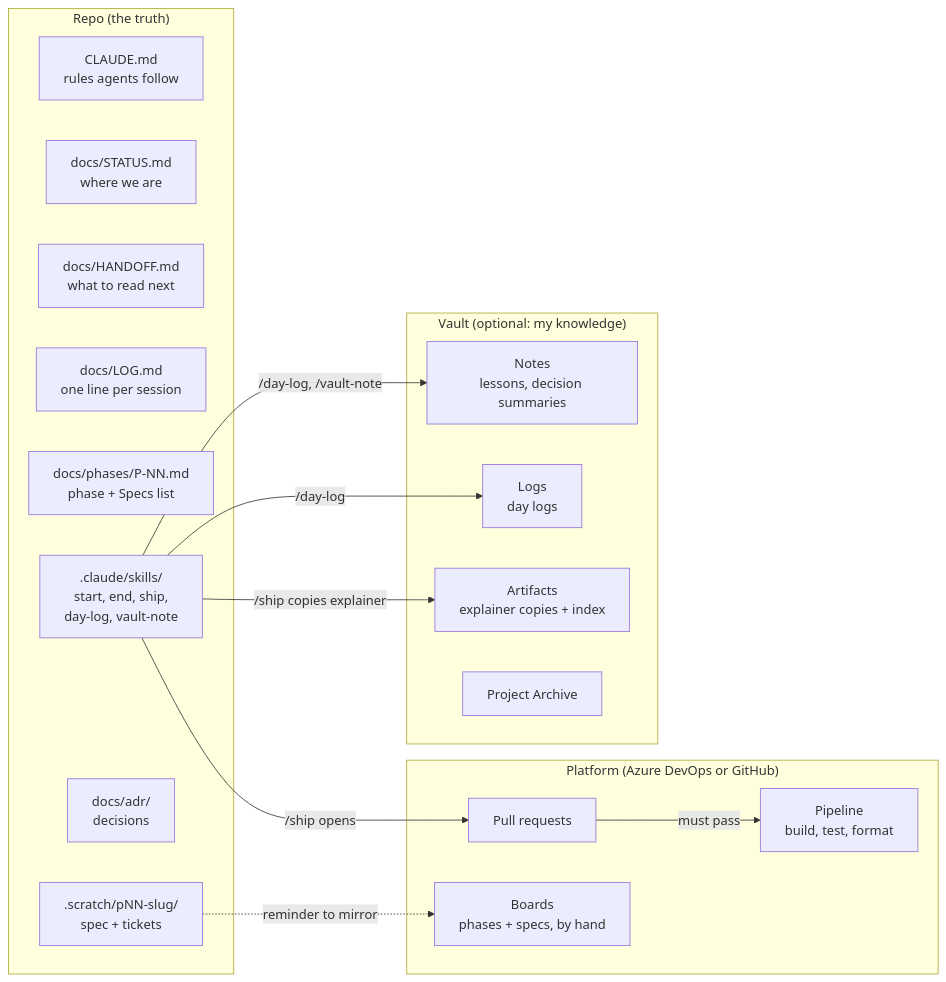
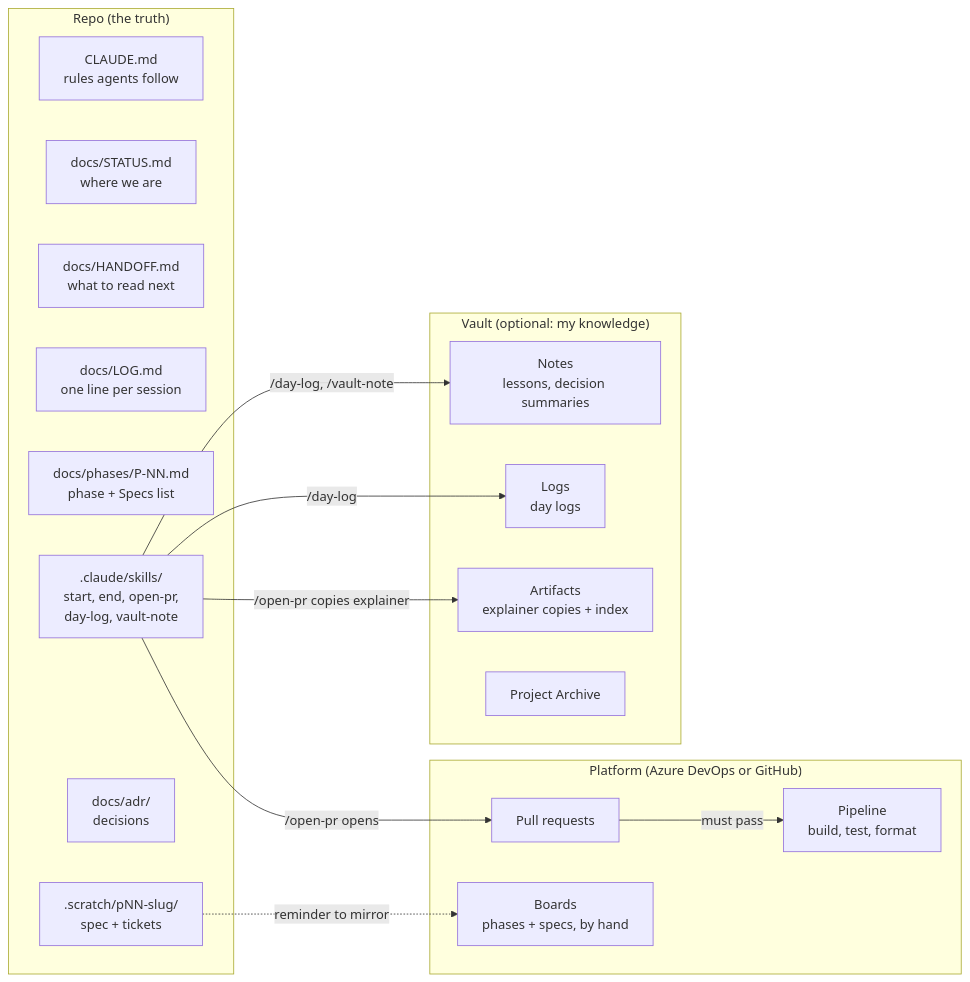
Before and after one commit to charlie-callister-01/Workflow: the first of 5 diagrams in notes/workflow-guide.md, drawn with Mermaid. The commit also changed other lines of this file and 26 other files, not shown here.

First line of the commit message:
fix(skills): rename ship to open-pr so Claude Code's built-in /ship stops running instead

````diff
--- a/notes/workflow-guide.md
+++ b/notes/workflow-guide.md
@@ -11,30 +11,30 @@
 ```mermaid
 flowchart LR
   subgraph REPO["Repo (the truth)"]
     CL["CLAUDE.md<br/>rules agents follow"]
     ST["docs/STATUS.md<br/>where we are"]
     HO["docs/HANDOFF.md<br/>what to read next"]
     LG["docs/LOG.md<br/>one line per session"]
     PH["docs/phases/P-NN.md<br/>phase + Specs list"]
     SC[".scratch/pNN-slug/<br/>spec + tickets"]
     AD["docs/adr/<br/>decisions"]
-    SK[".claude/skills/<br/>start, end, ship,<br/>day-log, vault-note"]
+    SK[".claude/skills/<br/>start, end, open-pr,<br/>day-log, vault-note"]
   end
   subgraph PF["Platform (Azure DevOps or GitHub)"]
     PR["Pull requests"]
     PL["Pipeline<br/>build, test, format"]
     BO["Boards<br/>phases + specs, by hand"]
   end
   subgraph VA["Vault (optional: my knowledge)"]
     NO["Notes<br/>lessons, decision summaries"]
     LO["Logs<br/>day logs"]
     AR["Artifacts<br/>explainer copies + index"]
     PA["Project Archive"]
   end
-  SK -->|"/ship opens"| PR
+  SK -->|"/open-pr opens"| PR
   PR -->|"must pass"| PL
   SC -.->|"reminder to mirror"| BO
   SK -->|"/day-log, /vault-note"| NO
   SK -->|"/day-log"| LO
-  SK -->|"/ship copies explainer"| AR
+  SK -->|"/open-pr copies explainer"| AR
 ```
````
